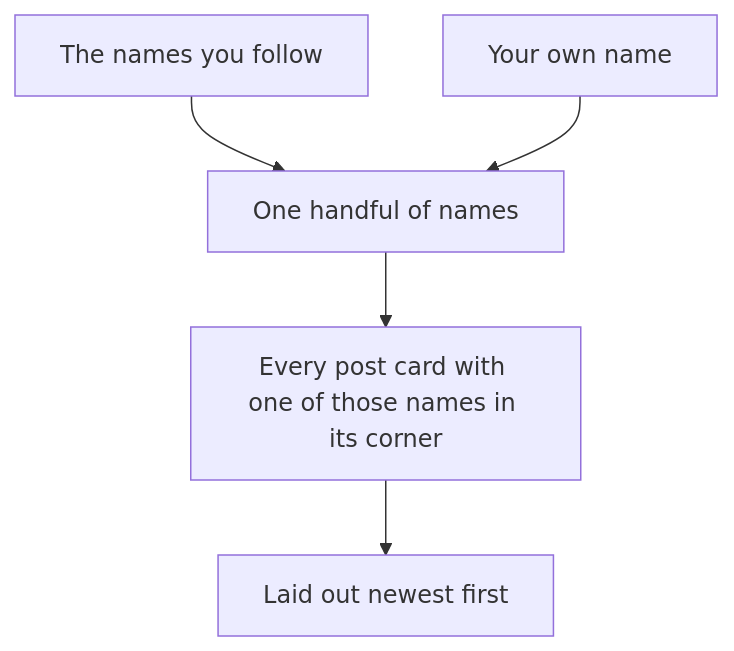
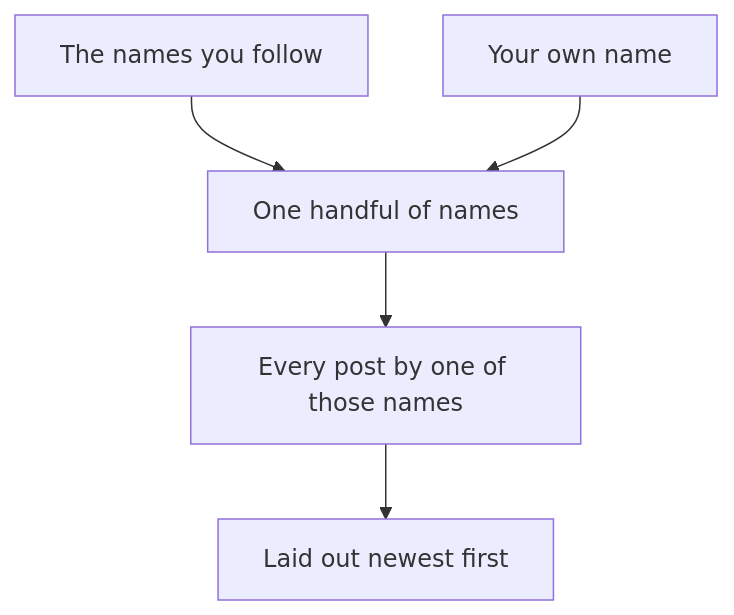
The diagram in modules/04-thread-project/06-feed.md (Khrafts/ship-your-first-thing), drawn with Mermaid before and after one commit. The commit also changed other lines of this file and 57 other files, not shown here.

````diff
--- a/modules/04-thread-project/06-feed.md
+++ b/modules/04-thread-project/06-feed.md
@@ -38,12 +25,12 @@
 ```mermaid
 flowchart TD
   Follows["The names you follow"]
   Own["Your own name"]
   Names["One handful of names"]
-  Cards["Every post card with one of those names in its corner"]
+  Cards["Every post by one of those names"]
   Feed["Laid out newest first"]
   Follows --> Names
   Own --> Names
   Names --> Cards
   Cards --> Feed
 ```
````
